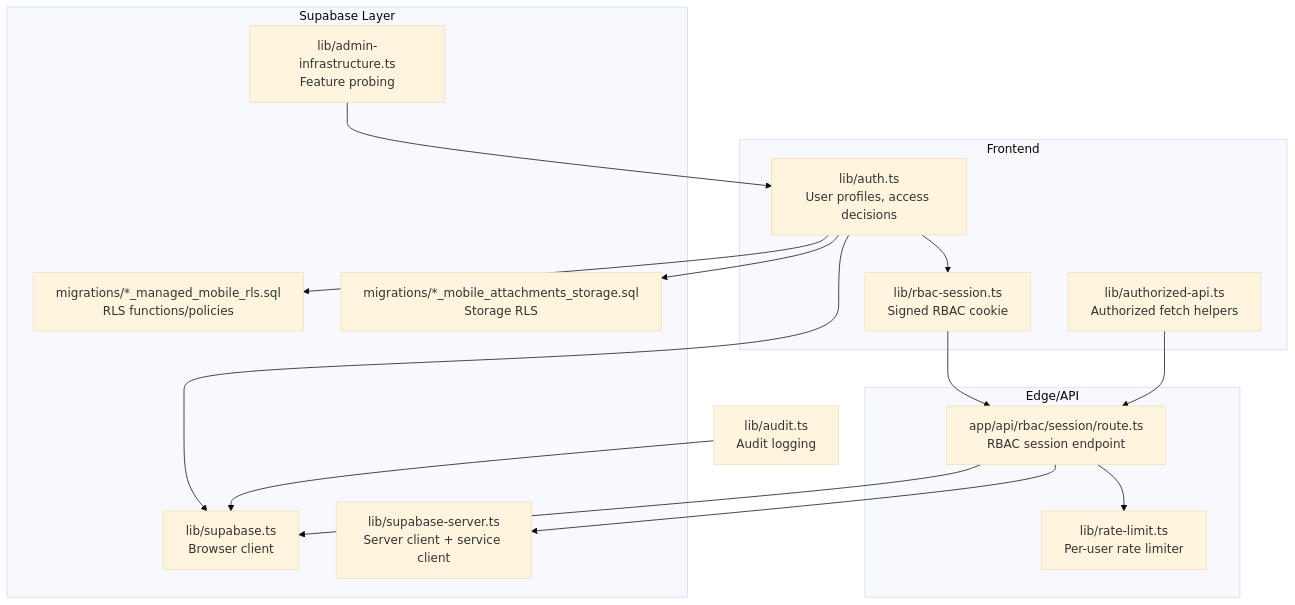
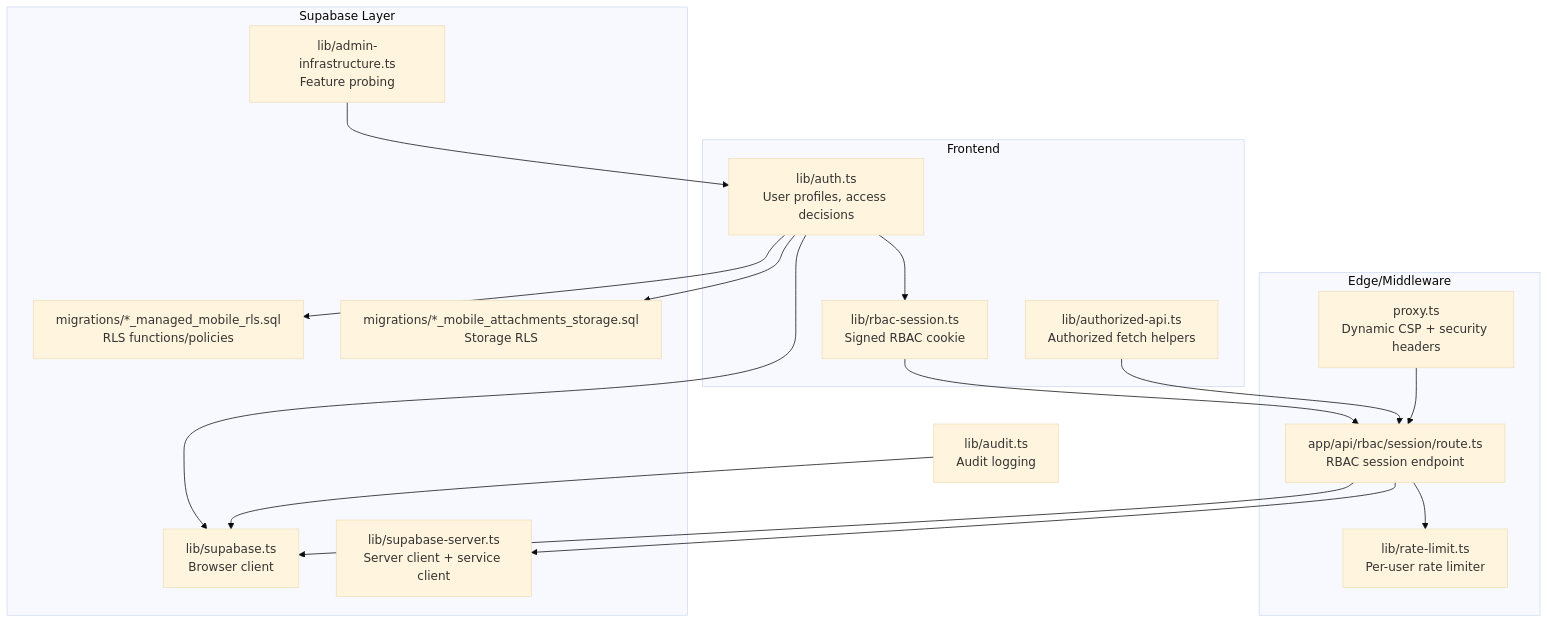
One commit to mustafaalkusaj/appschoolmustafa2002 changed the first of 9 diagrams in .qoder/repowiki/en/content/Security Implementation/Security Implementation.md. Above: the diagram before and after it, drawn with Mermaid (base theme). The commit also changed other lines of this file and 85 other files, not shown here.

````diff
--- a/.qoder/repowiki/en/content/Security Implementation/Security Implementation.md
+++ b/.qoder/repowiki/en/content/Security Implementation/Security Implementation.md
@@ -43,31 +55,33 @@
 ```mermaid
 graph TB
 subgraph "Frontend"
 A["lib/auth.ts<br/>User profiles, access decisions"]
 B["lib/rbac-session.ts<br/>Signed RBAC cookie"]
 C["lib/authorized-api.ts<br/>Authorized fetch helpers"]
 end
-subgraph "Edge/API"
-D["app/api/rbac/session/route.ts<br/>RBAC session endpoint"]
-E["lib/rate-limit.ts<br/>Per-user rate limiter"]
+subgraph "Edge/Middleware"
+D["proxy.ts<br/>Dynamic CSP + security headers"]
+E["app/api/rbac/session/route.ts<br/>RBAC session endpoint"]
+F["lib/rate-limit.ts<br/>Per-user rate limiter"]
 end
 subgraph "Supabase Layer"
-F["lib/supabase.ts<br/>Browser client"]
-G["lib/supabase-server.ts<br/>Server client + service client"]
-H["migrations/*_managed_mobile_rls.sql<br/>RLS functions/policies"]
-I["migrations/*_mobile_attachments_storage.sql<br/>Storage RLS"]
-J["lib/admin-infrastructure.ts<br/>Feature probing"]
+G["lib/supabase.ts<br/>Browser client"]
+H["lib/supabase-server.ts<br/>Server client + service client"]
+I["migrations/*_managed_mobile_rls.sql<br/>RLS functions/policies"]
+J["migrations/*_mobile_attachments_storage.sql<br/>Storage RLS"]
+K["lib/admin-infrastructure.ts<br/>Feature probing"]
 end
-K["lib/audit.ts<br/>Audit logging"]
+L["lib/audit.ts<br/>Audit logging"]
 A --> B
-B --> D
-C --> D
+B --> E
+C --> E
+E --> F
+A --> G
+E --> G
+E --> H
+A --> I
+A --> J
+L --> G
+K --> A
 D --> E
-A --> F
-D --> F
-D --> G
-A --> H
-A --> I
-K --> F
-J --> A
 ```
````
